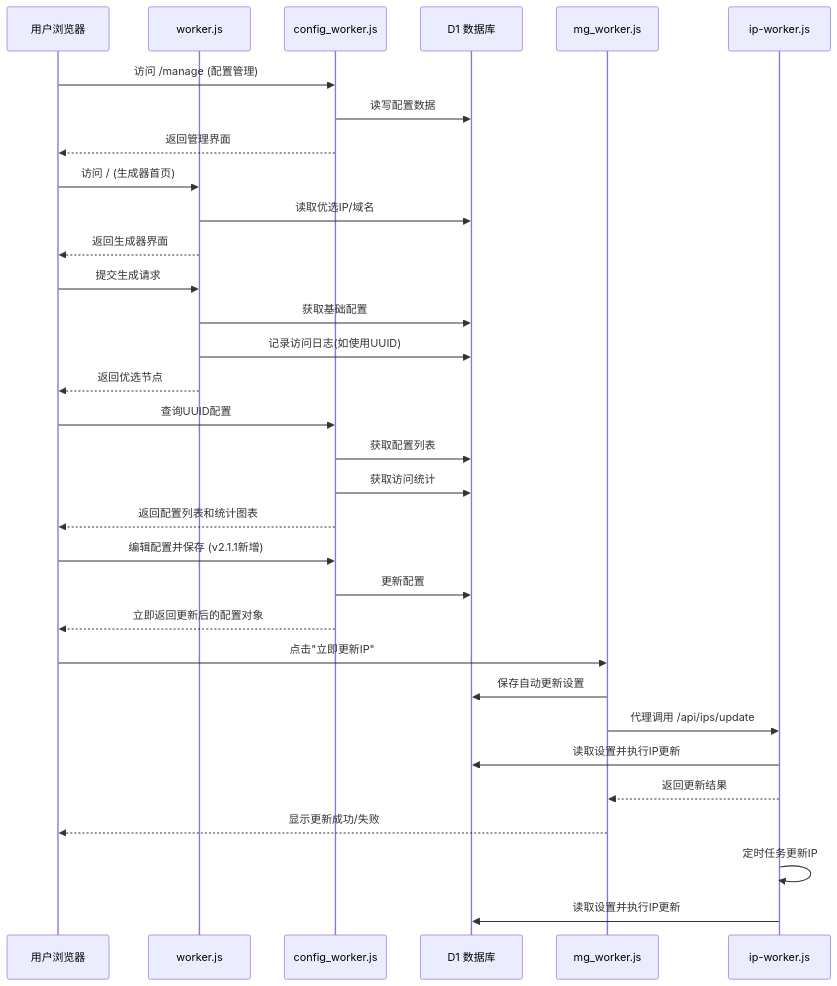
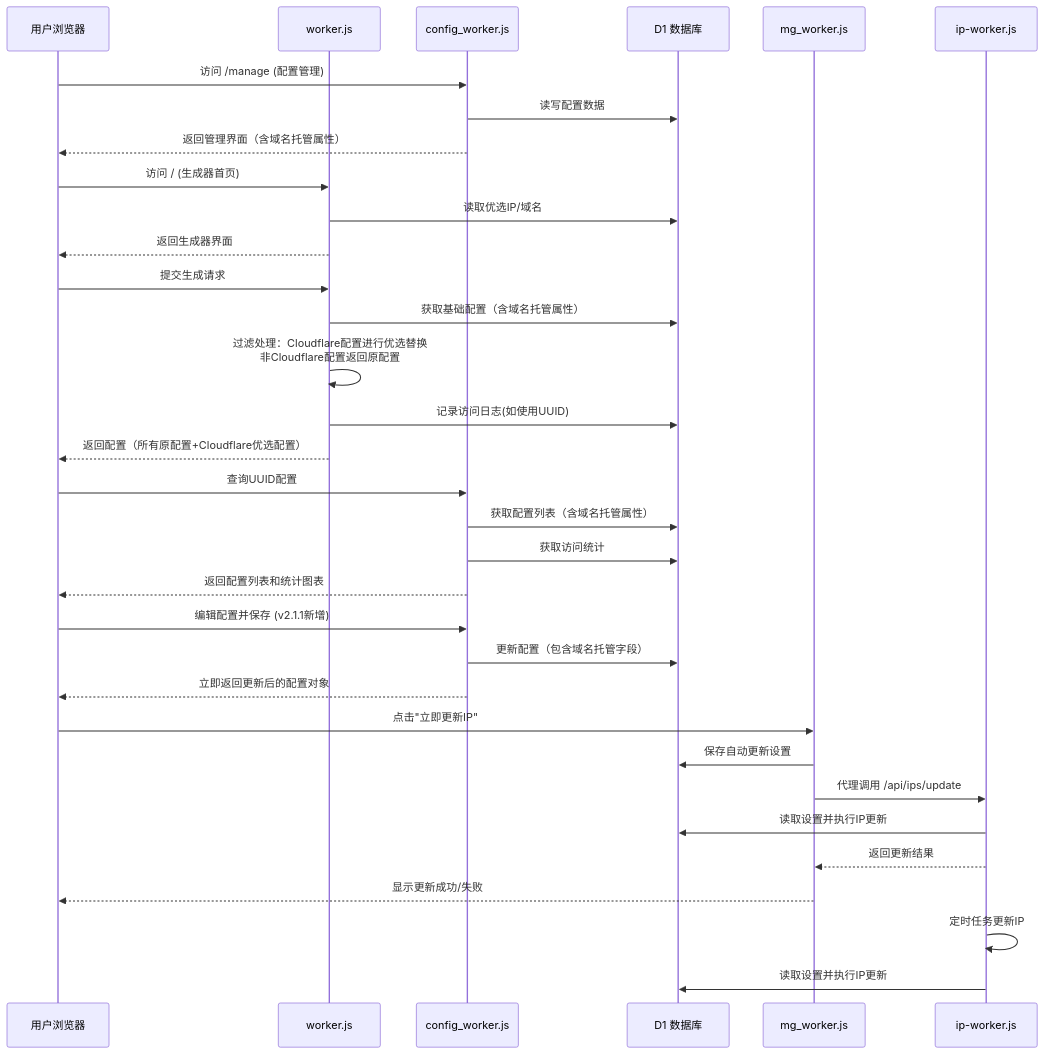
The first of 2 diagrams in readme.md (yangzifun/cfst), drawn with Mermaid before and after one commit. The commit also changed other lines of this file and 4 other files, not shown here.

````diff
--- a/readme.md
+++ b/readme.md
@@ -292,41 +247,42 @@
 ```mermaid
 sequenceDiagram
     participant User as 用户浏览器
     participant Main as worker.js
     participant Config as config_worker.js
     participant DB as D1 数据库
     participant Mg as mg_worker.js
     participant IP as ip-worker.js
 
     User->>Config: 访问 /manage (配置管理)
     Config->>DB: 读写配置数据
-    Config-->>User: 返回管理界面
+    Config-->>User: 返回管理界面（含域名托管属性）
 
     User->>Main: 访问 / (生成器首页)
     Main->>DB: 读取优选IP/域名
     Main-->>User: 返回生成器界面
 
     User->>Main: 提交生成请求
-    Main->>DB: 获取基础配置
+    Main->>DB: 获取基础配置（含域名托管属性）
+    Main->>Main: 过滤处理：Cloudflare配置进行优选替换<br/>非Cloudflare配置返回原配置
     Main->>DB: 记录访问日志(如使用UUID)
-    Main-->>User: 返回优选节点
+    Main-->>User: 返回配置（所有原配置+Cloudflare优选配置）
 
     User->>Config: 查询UUID配置
-    Config->>DB: 获取配置列表
+    Config->>DB: 获取配置列表（含域名托管属性）
     Config->>DB: 获取访问统计
     Config-->>User: 返回配置列表和统计图表
 
     User->>Config: 编辑配置并保存 (v2.1.1新增)
-    Config->>DB: 更新配置
+    Config->>DB: 更新配置（包含域名托管字段）
     Config-->>User: 立即返回更新后的配置对象
-  
+
     User->>Mg: 点击"立即更新IP"
     Mg->>DB: 保存自动更新设置
     Mg->>IP: 代理调用 /api/ips/update
     IP->>DB: 读取设置并执行IP更新
     IP-->>Mg: 返回更新结果
     Mg-->>User: 显示更新成功/失败
 
     IP->>IP: 定时任务更新IP
     IP->>DB: 读取设置并执行IP更新
 ```
````
